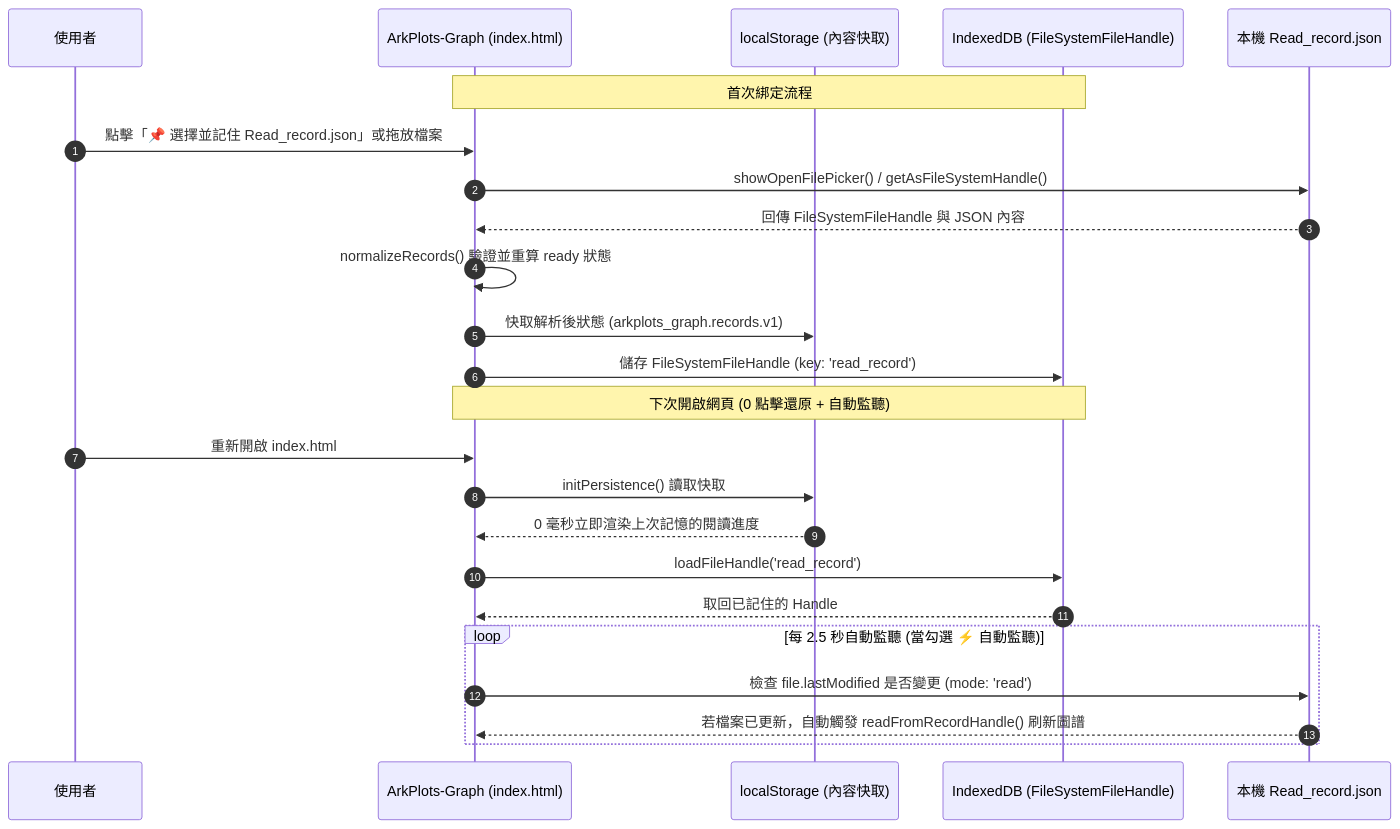
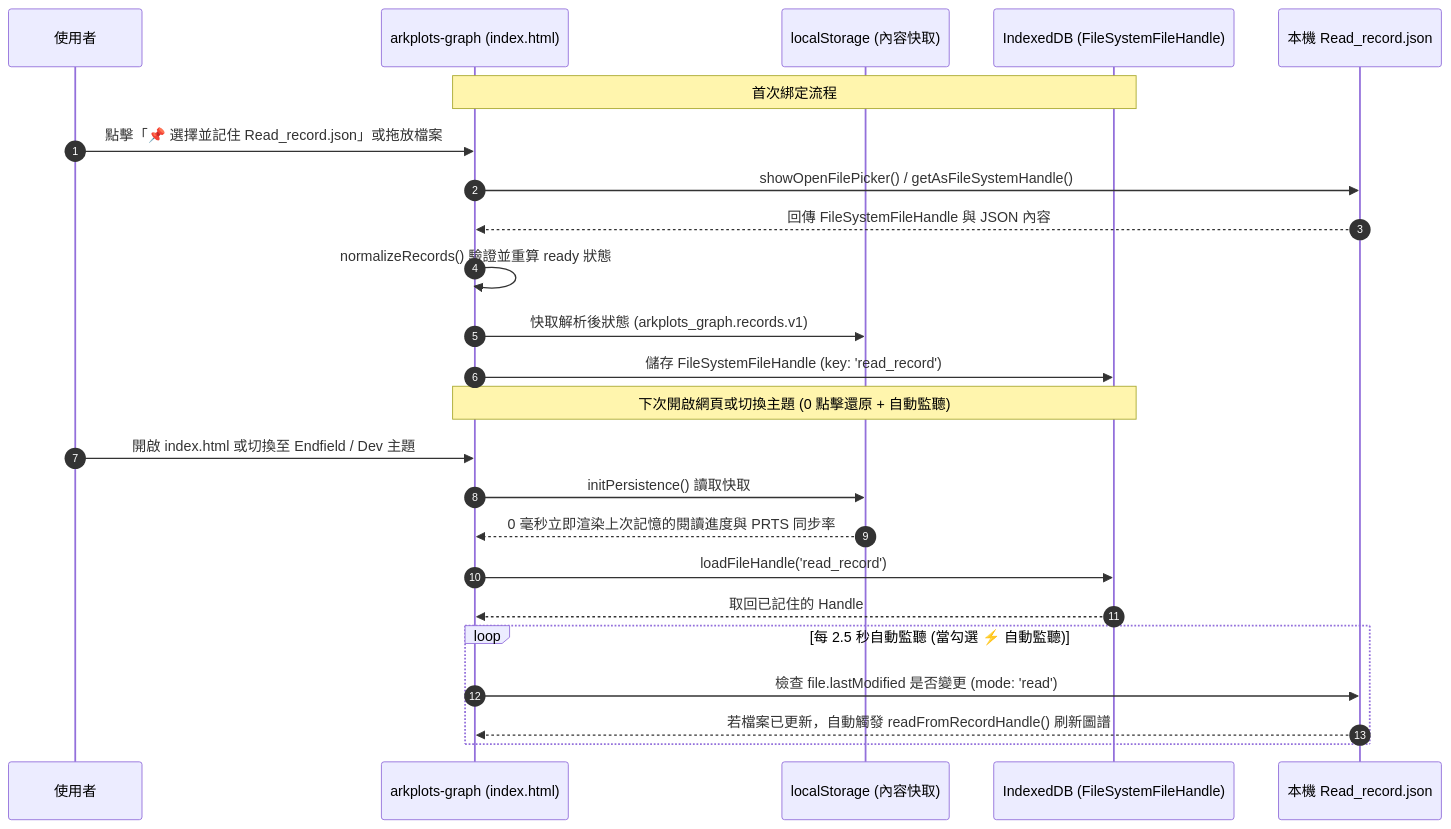
Before and after one commit to JohnsonChung/arkplots-graph: the diagram in docs/adr/ADR-002-persistence-and-data-flow.md, drawn with Mermaid. The commit also changed other lines of this file and 4 other files, not shown here.

Commit message:
docs(adr): update ADR-001~003 and AI-MAINTENANCE-GUIDE for v1 PRTS default architecture and 2x physics

````diff
--- a/docs/adr/ADR-002-persistence-and-data-flow.md
+++ b/docs/adr/ADR-002-persistence-and-data-flow.md
@@ -28,28 +28,28 @@
 ```mermaid
 sequenceDiagram
   autonumber
   participant User as 使用者
-  participant UI as ArkPlots-Graph (index.html)
+  participant UI as arkplots-graph (index.html)
   participant LS as localStorage (內容快取)
   participant IDB as IndexedDB (FileSystemFileHandle)
   participant Disk as 本機 Read_record.json
 
   Note over UI,IDB: 首次綁定流程
   User->>UI: 點擊「📌 選擇並記住 Read_record.json」或拖放檔案
   UI->>Disk: showOpenFilePicker() / getAsFileSystemHandle()
   Disk-->>UI: 回傳 FileSystemFileHandle 與 JSON 內容
   UI->>UI: normalizeRecords() 驗證並重算 ready 狀態
   UI->>LS: 快取解析後狀態 (arkplots_graph.records.v1)
   UI->>IDB: 儲存 FileSystemFileHandle (key: 'read_record')
 
-  Note over UI,IDB: 下次開啟網頁 (0 點擊還原 + 自動監聽)
-  User->>UI: 重新開啟 index.html
+  Note over UI,IDB: 下次開啟網頁或切換主題 (0 點擊還原 + 自動監聽)
+  User->>UI: 開啟 index.html 或切換至 Endfield / Dev 主題
   UI->>LS: initPersistence() 讀取快取
-  LS-->>UI: 0 毫秒立即渲染上次記憶的閱讀進度
+  LS-->>UI: 0 毫秒立即渲染上次記憶的閱讀進度與 PRTS 同步率
   UI->>IDB: loadFileHandle('read_record')
   IDB-->>UI: 取回已記住的 Handle
   loop 每 2.5 秒自動監聽 (當勾選 ⚡ 自動監聽)
     UI->>Disk: 檢查 file.lastModified 是否變更 (mode: 'read')
     Disk-->>UI: 若檔案已更新，自動觸發 readFromRecordHandle() 刷新圖譜
   end
 ```
````
